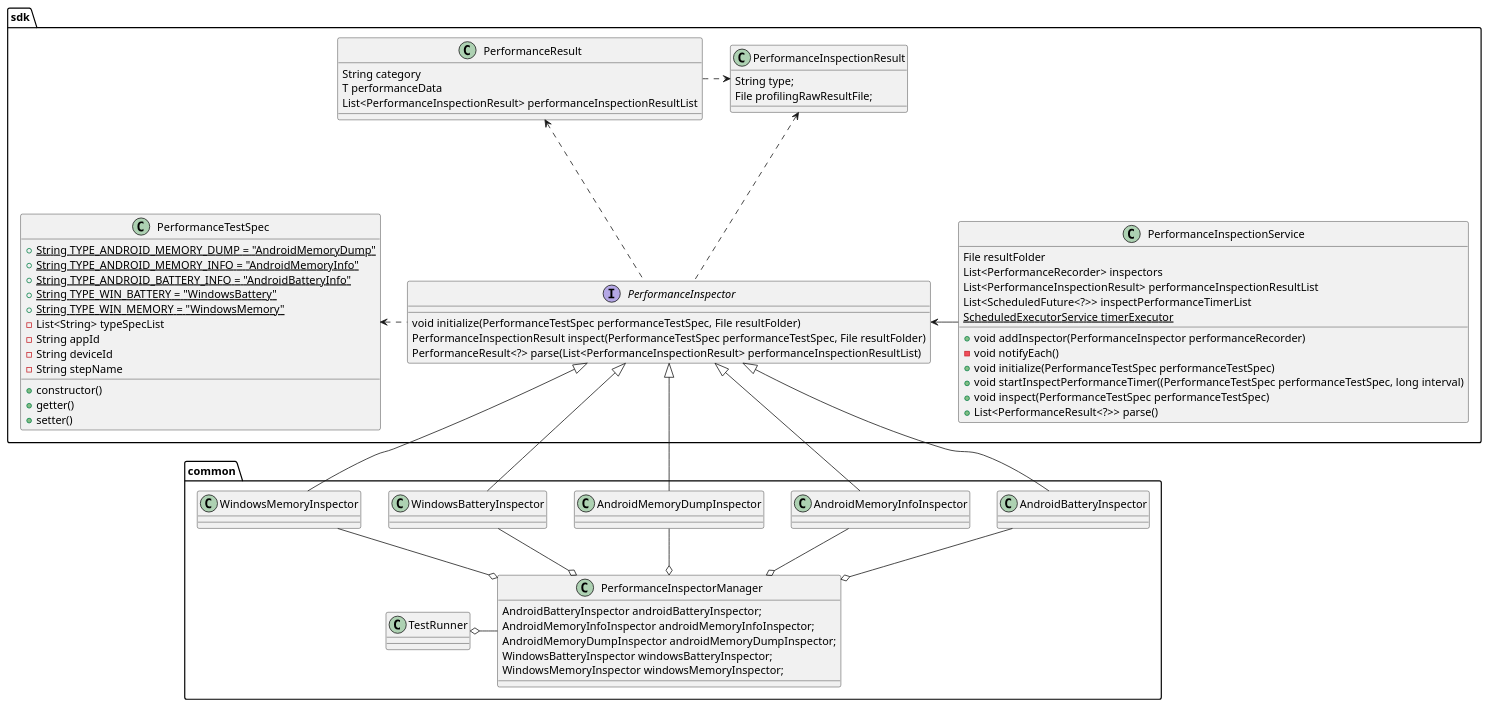
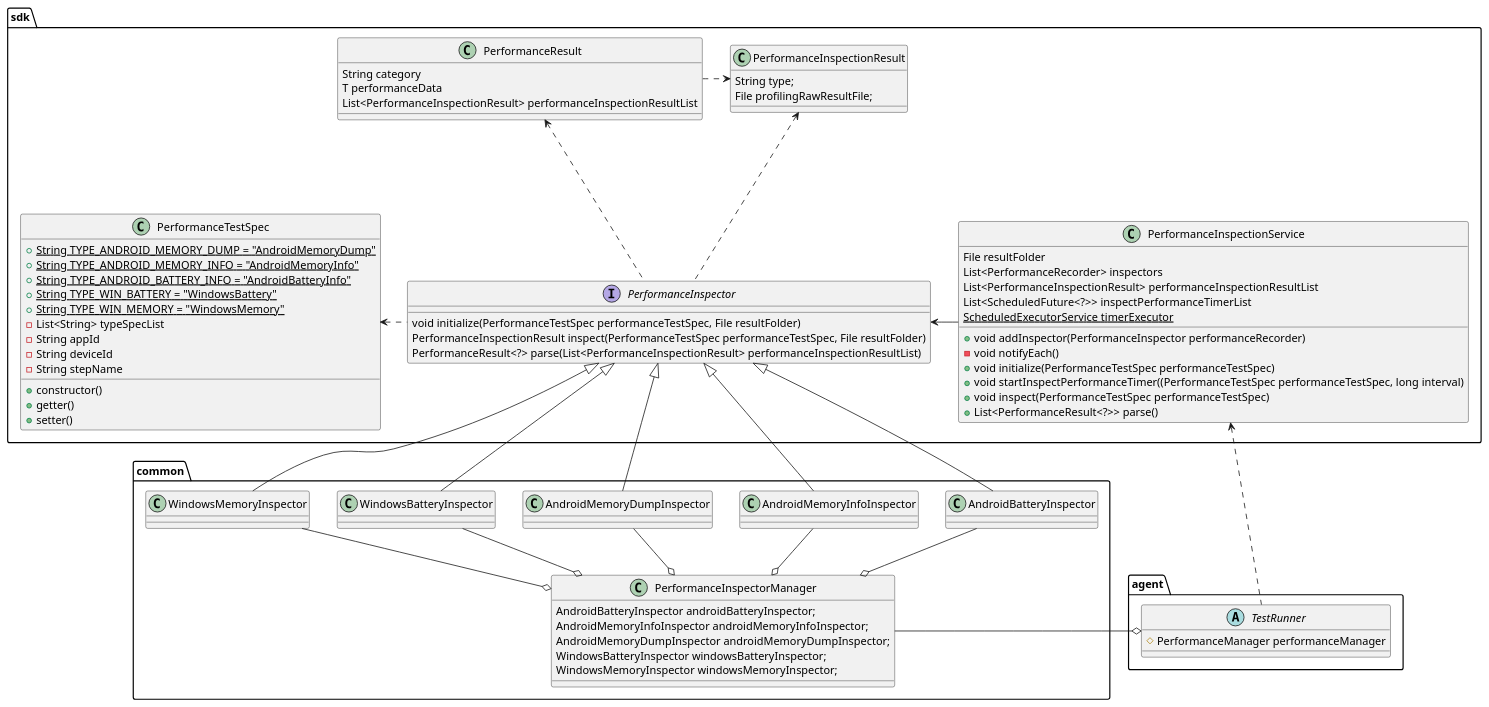
Before and after one commit to microsoft/HydraLab: the first of 3 diagrams in agent/doc/UML/perf_design.puml, drawn with PlantUML.

Commit message:
Update test runner UML

```diff
--- a/agent/doc/UML/perf_design.puml
+++ b/agent/doc/UML/perf_design.puml
@@ -1,81 +1,90 @@
 @startuml
 'https://plantuml.com/class-diagram'
 
 package "sdk" {
 
     class PerformanceTestSpec {
         +{static}String TYPE_ANDROID_MEMORY_DUMP = "AndroidMemoryDump"
         +{static}String TYPE_ANDROID_MEMORY_INFO = "AndroidMemoryInfo"
         +{static}String TYPE_ANDROID_BATTERY_INFO = "AndroidBatteryInfo"
         +{static}String TYPE_WIN_BATTERY = "WindowsBattery"
         +{static}String TYPE_WIN_MEMORY = "WindowsMemory"
         -List<String> typeSpecList
         -String appId
         -String deviceId
         -String stepName
         +constructor()
         +getter()
         +setter()
     }
     interface PerformanceInspector {
         void initialize(PerformanceTestSpec performanceTestSpec, File resultFolder)
         PerformanceInspectionResult inspect(PerformanceTestSpec performanceTestSpec, File resultFolder)
         PerformanceResult<?> parse(List<PerformanceInspectionResult> performanceInspectionResultList)
     }
 
     class PerformanceInspectionService {
         File resultFolder
         List<PerformanceRecorder> inspectors
         List<PerformanceInspectionResult> performanceInspectionResultList
         List<ScheduledFuture<?>> inspectPerformanceTimerList
         {static} ScheduledExecutorService timerExecutor
         +void addInspector(PerformanceInspector performanceRecorder)
         -void notifyEach()
         +void initialize(PerformanceTestSpec performanceTestSpec)
         +void startInspectPerformanceTimer((PerformanceTestSpec performanceTestSpec, long interval)
         +void inspect(PerformanceTestSpec performanceTestSpec)
         +List<PerformanceResult<?>> parse()
     }
 
     class PerformanceResult {
         String category
         T performanceData
         List<PerformanceInspectionResult> performanceInspectionResultList
     }
 
     class PerformanceInspectionResult {
         String type;
         File profilingRawResultFile;
     }
 
 
     PerformanceInspector -left..> PerformanceTestSpec
     PerformanceInspector -up..> PerformanceInspectionResult
     PerformanceInspector <---right PerformanceInspectionService
     PerformanceInspector -up..> PerformanceResult
     PerformanceResult -right..> PerformanceInspectionResult
 }
 
+package "agent" {
+    abstract class TestRunner {
+        #PerformanceManager performanceManager
+    }
+}
+
 package "common" {
     class PerformanceInspectorManager {
         AndroidBatteryInspector androidBatteryInspector;
         AndroidMemoryInfoInspector androidMemoryInfoInspector;
         AndroidMemoryDumpInspector androidMemoryDumpInspector;
         WindowsBatteryInspector windowsBatteryInspector;
         WindowsMemoryInspector windowsMemoryInspector;
     }
+
+
     PerformanceInspector <|-- AndroidBatteryInspector
     PerformanceInspector <|-- AndroidMemoryInfoInspector
     PerformanceInspector <|-- AndroidMemoryDumpInspector
     PerformanceInspector <|-- WindowsBatteryInspector
     PerformanceInspector <|-- WindowsMemoryInspector
 
     AndroidBatteryInspector --o PerformanceInspectorManager
     AndroidMemoryInfoInspector --o PerformanceInspectorManager
     AndroidMemoryDumpInspector --o PerformanceInspectorManager
     WindowsBatteryInspector --o PerformanceInspectorManager
     WindowsMemoryInspector --o PerformanceInspectorManager
 
     TestRunner o-r- PerformanceInspectorManager
+    TestRunner -up..> PerformanceInspectionService
 }
 @enduml
```
